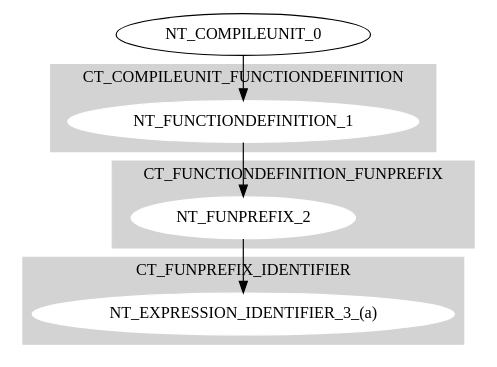
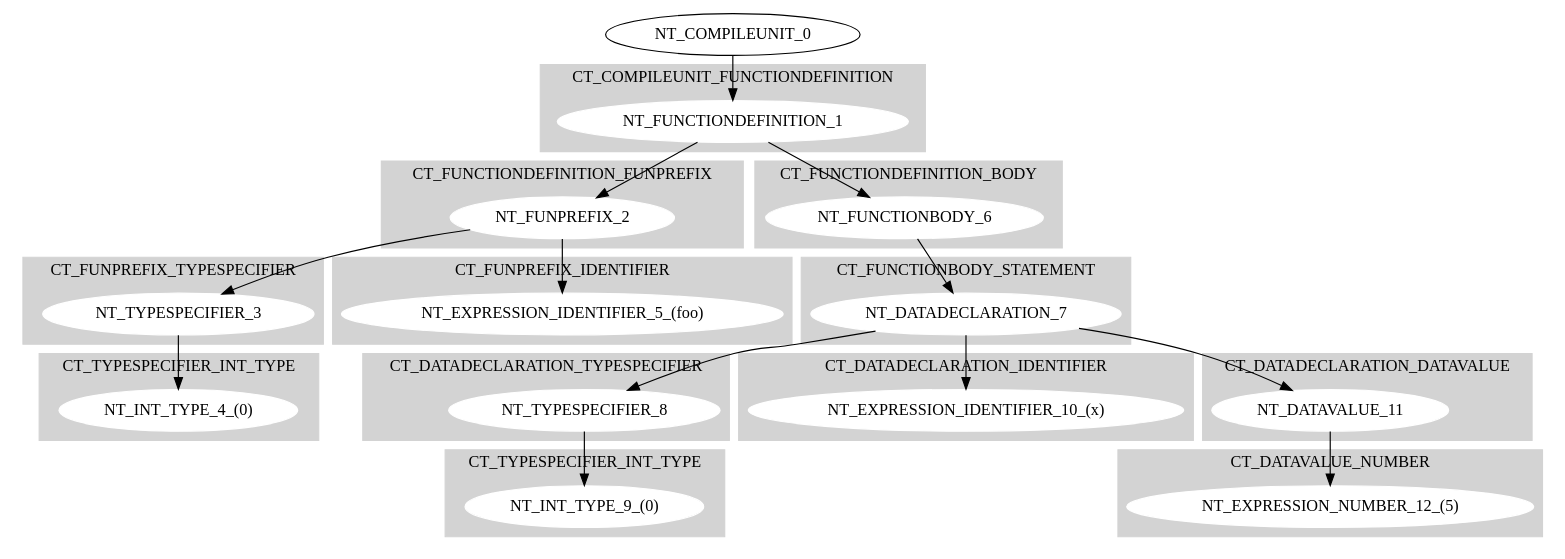
Before and after one commit to vasilismoulas/Compiler-C2ASM: the diagram in C2ASM/TestBench/ASyntaxTree.dot, drawn with Graphviz. The commit also changed 38 other files, not shown here.

```diff
--- a/C2ASM/TestBench/ASyntaxTree.dot
+++ b/C2ASM/TestBench/ASyntaxTree.dot
@@ -1,26 +1,98 @@
 digraph {
 	subgraph cluster0{
 		node [style=filled,color=white];
 		style=filled;
 		color=lightgrey;
 		"NT_FUNCTIOΝDEFINITION_1";
 		label=CT_COMPILEUNIT_FUNCTIONDEFINITION;
 	}
 	subgraph cluster1{
 		node [style=filled,color=white];
 		style=filled;
 		color=lightgrey;
 		"NT_FUNPREFIX_2";
 		label=CT_FUNCTIONDEFINITION_FUNPREFIX;
 	}
 	subgraph cluster2{
 		node [style=filled,color=white];
 		style=filled;
 		color=lightgrey;
-		"NT_EXPRESSION_IDENTIFIER_3_(a)";
+		"NT_FUNCTIONBODY_6";
+		label=CT_FUNCTIONDEFINITION_BODY;
+	}
+	subgraph cluster3{
+		node [style=filled,color=white];
+		style=filled;
+		color=lightgrey;
+		"NT_TYPESPECIFIER_3";
+		label=CT_FUNPREFIX_TYPESPECIFIER;
+	}
+	subgraph cluster4{
+		node [style=filled,color=white];
+		style=filled;
+		color=lightgrey;
+		"NT_EXPRESSION_IDENTIFIER_5_(foo)";
 		label=CT_FUNPREFIX_IDENTIFIER;
 	}
-"NT_FUNPREFIX_2"->"NT_EXPRESSION_IDENTIFIER_3_(a)"
+	subgraph cluster5{
+		node [style=filled,color=white];
+		style=filled;
+		color=lightgrey;
+		"NT_INT_TYPE_4_(0)";
+		label=CT_TYPESPECIFIER_INT_TYPE;
+	}
+"NT_TYPESPECIFIER_3"->"NT_INT_TYPE_4_(0)"
+"NT_FUNPREFIX_2"->"NT_TYPESPECIFIER_3"
+"NT_FUNPREFIX_2"->"NT_EXPRESSION_IDENTIFIER_5_(foo)"
 "NT_FUNCTIOΝDEFINITION_1"->"NT_FUNPREFIX_2"
+	subgraph cluster6{
+		node [style=filled,color=white];
+		style=filled;
+		color=lightgrey;
+		"NT_DATADECLARATION_7";
+		label=CT_FUNCTIONBODY_STATEMENT;
+	}
+	subgraph cluster7{
+		node [style=filled,color=white];
+		style=filled;
+		color=lightgrey;
+		"NT_TYPESPECIFIER_8";
+		label=CT_DATADECLARATION_TYPESPECIFIER;
+	}
+	subgraph cluster8{
+		node [style=filled,color=white];
+		style=filled;
+		color=lightgrey;
+		"NT_EXPRESSION_IDENTIFIER_10_(x)";
+		label=CT_DATADECLARATION_IDENTIFIER;
+	}
+	subgraph cluster9{
+		node [style=filled,color=white];
+		style=filled;
+		color=lightgrey;
+		"NT_DATAVALUE_11";
+		label=CT_DATADECLARATION_DATAVALUE;
+	}
+	subgraph cluster10{
+		node [style=filled,color=white];
+		style=filled;
+		color=lightgrey;
+		"NT_INT_TYPE_9_(0)";
+		label=CT_TYPESPECIFIER_INT_TYPE;
+	}
+"NT_TYPESPECIFIER_8"->"NT_INT_TYPE_9_(0)"
+"NT_DATADECLARATION_7"->"NT_TYPESPECIFIER_8"
+"NT_DATADECLARATION_7"->"NT_EXPRESSION_IDENTIFIER_10_(x)"
+	subgraph cluster11{
+		node [style=filled,color=white];
+		style=filled;
+		color=lightgrey;
+		"NT_EXPRESSION_NUMBER_12_(5)";
+		label=CT_DATAVALUE_NUMBER;
+	}
+"NT_DATAVALUE_11"->"NT_EXPRESSION_NUMBER_12_(5)"
+"NT_DATADECLARATION_7"->"NT_DATAVALUE_11"
+"NT_FUNCTIONBODY_6"->"NT_DATADECLARATION_7"
+"NT_FUNCTIOΝDEFINITION_1"->"NT_FUNCTIONBODY_6"
 "NT_COMPILEUNIT_0"->"NT_FUNCTIOΝDEFINITION_1"
 }
```
